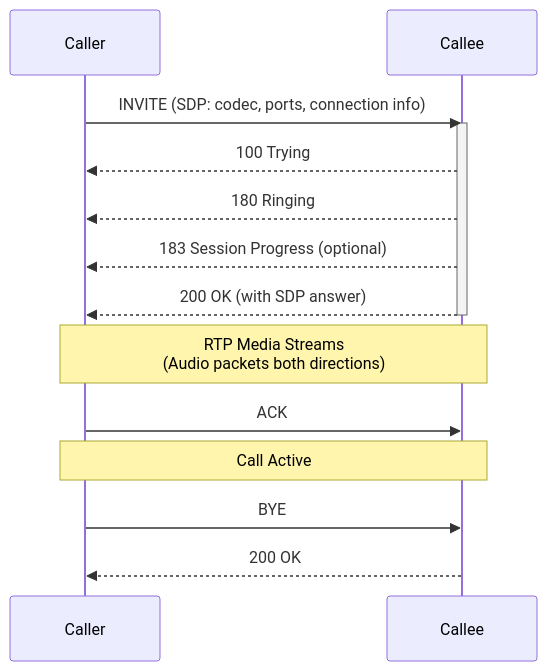
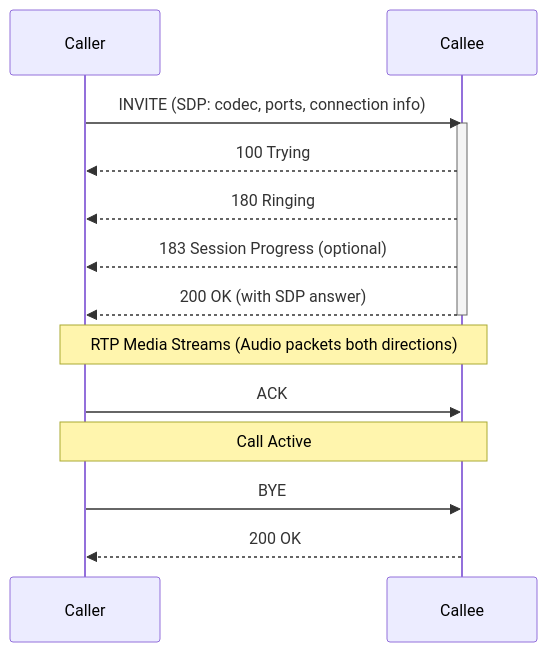
Before and after one commit to zombat/sonic: the first of 3 diagrams in SIP_DOCUMENTATION.md, drawn with Mermaid. The commit also changed other lines of this file and 7 other files, not shown here.

````diff
--- a/SIP_DOCUMENTATION.md
+++ b/SIP_DOCUMENTATION.md
@@ -66,22 +66,22 @@
 ```mermaid
 sequenceDiagram
     participant Caller
     participant Callee
     
     Caller->>Callee: INVITE (SDP: codec, ports, connection info)
     activate Callee
     Callee-->>Caller: 100 Trying
     Callee-->>Caller: 180 Ringing
     Callee-->>Caller: 183 Session Progress (optional)
     Callee-->>Caller: 200 OK (with SDP answer)
     deactivate Callee
     
-    Note over Caller,Callee: RTP Media Streams<br/>(Audio packets both directions)
+    Note over Caller,Callee: RTP Media Streams (Audio packets both directions)
     
     Caller->>Callee: ACK
     
     Note over Caller,Callee: Call Active
     
     Caller->>Callee: BYE
     Callee-->>Caller: 200 OK
 ```
````
